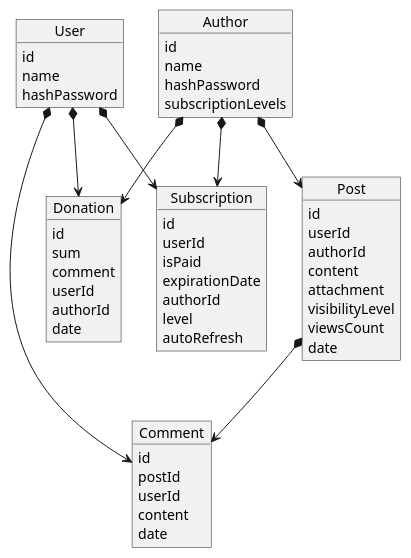
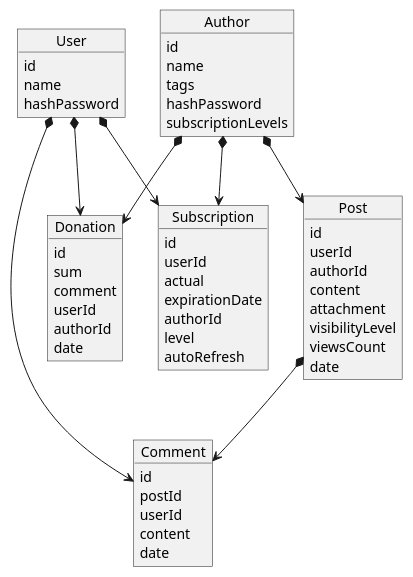
One commit to iAmKoldyn/donations changed the diagram in datalogic.puml. Above: the diagram before and after it, drawn with PlantUML. The commit also changed 20 other files, not shown here.

```diff
--- a/datalogic.puml
+++ b/datalogic.puml
@@ -1,62 +1,61 @@
 @startuml
 object "Author" as a {
     {field} id
     {field} name
+    {field} tags
     {field} hashPassword
     {field} subscriptionLevels
 }
 
 object "User" as u {
     {field} id
     {field} name
     {field} hashPassword
 }
 
 object "Donation" as d {
     {field} id
     {field} sum
     {field} comment
     {field} userId
     {field} authorId
     {field} date
 }
 
 object "Subscription" as s {
     {field} id
     {field} userId
-    {field} isPaid
+    {field} actual
     {field} expirationDate
     {field} authorId
     {field} level
     {field} autoRefresh
 }
 
 object "Comment" as c {
     {field} id
     {field} postId
     {field} userId
     {field} content
     {field} date
 }
 
 object "Post" as p {
     {field} id
     {field} userId
     {field} authorId
     {field} content
     {field} attachment
     {field} visibilityLevel
     {field} viewsCount
     {field} date
 }
 
 a *--> d
 a *--> p
 a *--> s
 p *--> c
 u *--> c
 u *--> s
 u *--> d
-
-
 @enduml
```
